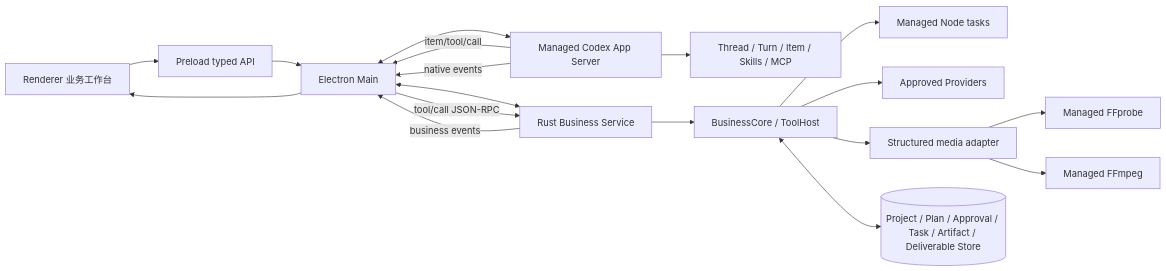
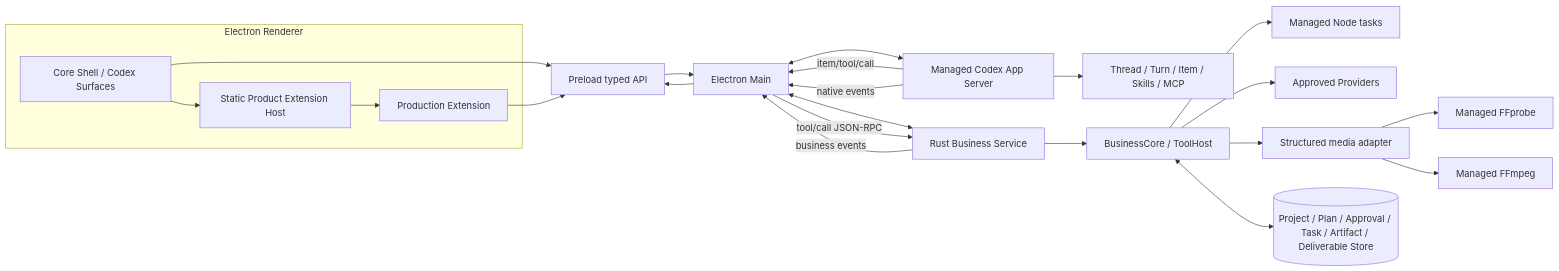
The first of 2 diagrams in internal/aiprompts/architecture.md (limecloud/limeshot), drawn with Mermaid before and after one commit. The commit also changed other lines of this file and 81 other files, not shown here.

````diff
--- a/internal/aiprompts/architecture.md
+++ b/internal/aiprompts/architecture.md
@@ -8,24 +8,33 @@
 ```mermaid
 flowchart LR
-    UI[Renderer 业务工作台] --> PRE[Preload typed API]
+    subgraph RENDERER[Electron Renderer]
+        SHELL[Core Shell / Codex Surfaces]
+        EXTENSION[Static Product Extension Host]
+        PRODUCTION[Production Extension]
+        SHELL --> EXTENSION
+        EXTENSION --> PRODUCTION
+    end
+
+    SHELL --> PRE[Preload typed API]
+    PRODUCTION --> PRE
     PRE --> HOST[Electron Main]
 
     HOST <--> CODEX[Managed Codex App Server]
     HOST <--> BUSINESS[Rust Business Service]
 
     CODEX --> AGENT[Thread / Turn / Item / Skills / MCP]
     CODEX -->|item/tool/call| HOST
     HOST -->|tool/call JSON-RPC| BUSINESS
 
     BUSINESS --> CORE[BusinessCore / ToolHost]
     CORE --> NODE[Managed Node tasks]
     CORE --> PROVIDER[Approved Providers]
     CORE --> MEDIA[Structured media adapter]
     MEDIA --> FFPROBE[Managed FFprobe]
     MEDIA --> FFMPEG[Managed FFmpeg]
     CORE <--> STORE[(Project / Plan / Approval / Task / Artifact / Deliverable Store)]
 
     CODEX -->|native events| HOST
     BUSINESS -->|business events| HOST
-    HOST --> UI
+    HOST --> PRE
 ```
````
